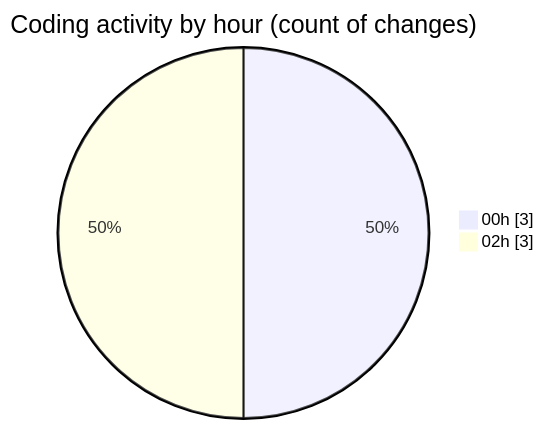
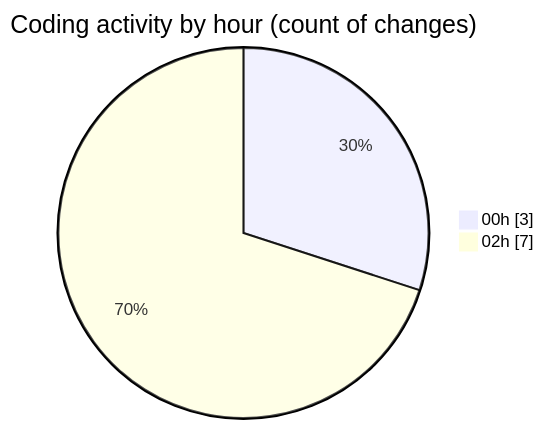
The second of 2 diagrams in 2025-10-21/eventscop-api-guide__workspace_/README.md (julien-gomy/code-tracking), drawn with Mermaid before and after one commit. The commit also changed other lines of this file and 1 other file, not shown here.

````diff
--- a/2025-10-21/eventscop-api-guide__workspace_/README.md
+++ b/2025-10-21/eventscop-api-guide__workspace_/README.md
@@ -30,6 +31,6 @@
 ```mermaid
 pie showData
 title Coding activity by hour (count of changes)
 "00h" : 3
-"02h" : 3
+"02h" : 7
 ```
````
